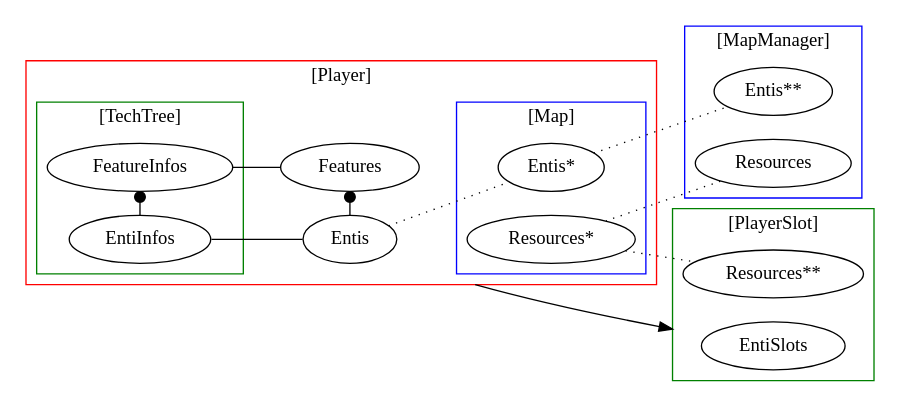
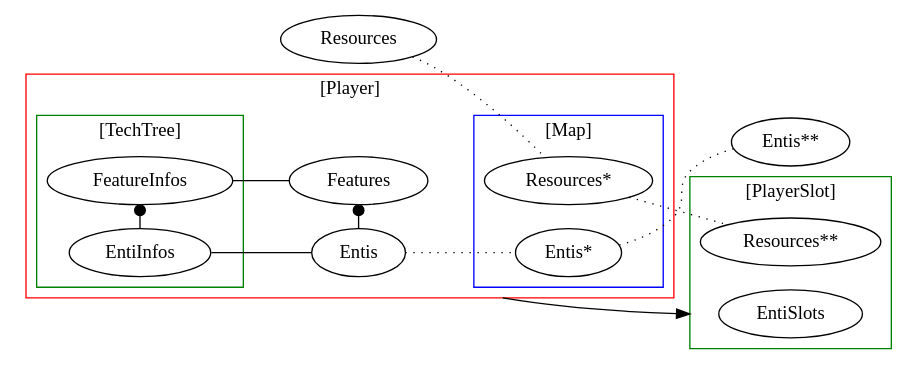
Before and after one commit to Akela1101/strategix: the diagram in docs/dot_diagrams/Strategix_Enti.dot, drawn with Graphviz. The commit also changed 44 other files, not shown here.

```diff
--- a/docs/dot_diagrams/Strategix_Enti.dot
+++ b/docs/dot_diagrams/Strategix_Enti.dot
@@ -1,56 +1,48 @@
 digraph G 
 {
 	rankdir = LR;
 
 	compound = true;
 
 	subgraph cluster0
 	{
 		label = "[Player]"
 		color = red;
 
 		subgraph cluster1
 		{
 			label = "[TechTree]"
 			color = green;
 			EntiInfos -> FeatureInfos [arrowhead = dot]
 			{rank = same; FeatureInfos; EntiInfos; }
 		}
 		subgraph cluster2
 		{
 			label = "[Map]"
 			color = blue;		
 			"Entis*"
 			"Resources*"
 		}
 		Entis -> Features [arrowhead = dot]
 		{rank = same; Features; Entis; }
 
 		EntiInfos -> Entis [arrowhead = none]
 		Features -> FeatureInfos [arrowhead = none]
 	}
 
 	subgraph cluster3
 	{
 		label = "[PlayerSlot]"
 		color = green;		
 		EntiSlots
 		"Resources**"
 	}
 
-	subgraph cluster4
-	{
-		label = "[MapManager]"
-		color = blue;		
-		"Entis**"
-		Resources
-	}
-
 	Resources -> "Resources*" [arrowhead = none, style = dotted]
 	"Resources*" -> "Resources**" [arrowhead = none, style = dotted]
 	Entis -> "Entis*" [arrowhead = none, style = dotted]
 	"Entis*" -> "Entis**" [arrowhead = none, style = dotted]
 		
 	Entis -> EntiSlots [lhead=cluster3, ltail=cluster0]
 
 }
```
